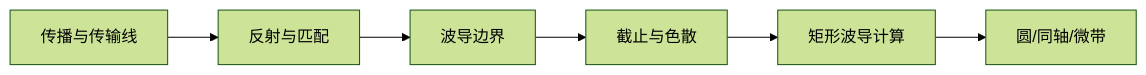
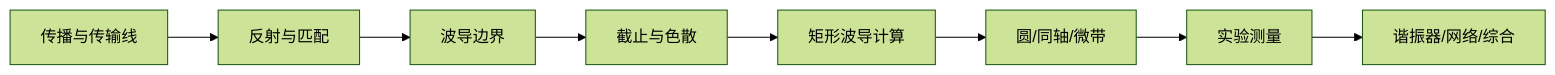
Before and after one commit to estelledc/hust-eic-microwave-from-scratch: the diagram in content/knowledge/README.md, drawn with Mermaid (forest theme). The commit also changed other lines of this file and 226 other files, not shown here.

````diff
--- a/content/knowledge/README.md
+++ b/content/knowledge/README.md
@@ -45,8 +46,10 @@
 ```mermaid
 flowchart LR
   P1["传播与传输线"] --> P2["反射与匹配"]
   P2 --> P3["波导边界"]
   P3 --> P4["截止与色散"]
   P4 --> P5["矩形波导计算"]
   P5 --> P6["圆/同轴/微带"]
+  P6 --> P7["实验测量"]
+  P7 --> P8["谐振器/网络/综合"]
 ```
````
